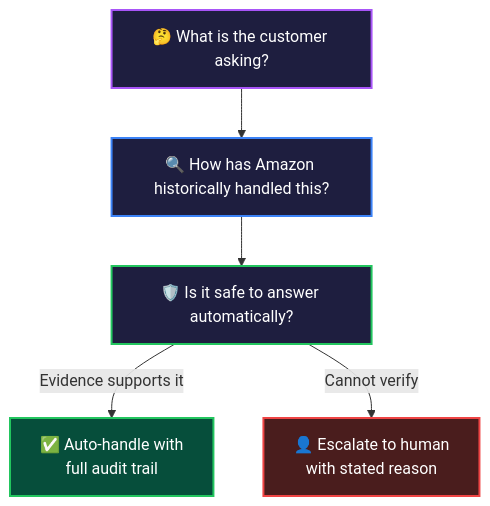
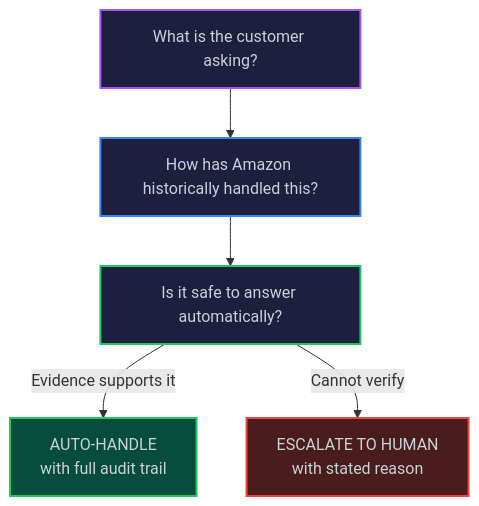
Before and after one commit to dp177/evidence-grounded-support-agent: the third of 5 diagrams in README.md, drawn with Mermaid. The commit also changed other lines of this file and 298 other files, not shown here.

````diff
--- a/README.md
+++ b/README.md
@@ -362,14 +338,14 @@
 ```mermaid
 graph TD
-    A["🤔 What is the customer asking?"] --> B["🔍 How has Amazon historically handled this?"]
-    B --> C["🛡️ Is it safe to answer automatically?"]
+    A["What is the customer asking?"] --> B["How has Amazon historically handled this?"]
+    B --> C["Is it safe to answer automatically?"]
     
-    C -->|"Evidence supports it"| D["✅ Auto-handle with\nfull audit trail"]
-    C -->|"Cannot verify"| E["👤 Escalate to human\nwith stated reason"]
+    C -->|"Evidence supports it"| D["AUTO-HANDLE\nwith full audit trail"]
+    C -->|"Cannot verify"| E["ESCALATE TO HUMAN\nwith stated reason"]
     
-    style A fill:#1e1e3f,stroke:#a855f7,color:#fff,stroke-width:2px
-    style B fill:#1e1e3f,stroke:#3b82f6,color:#fff,stroke-width:2px
-    style C fill:#1e1e3f,stroke:#22c55e,color:#fff,stroke-width:2px
-    style D fill:#064e3b,stroke:#22c55e,color:#fff,stroke-width:2px
-    style E fill:#4a1d1d,stroke:#ef4444,color:#fff,stroke-width:2px
+    style A fill:#1e1e3f,stroke:#a855f7,color:#c9d1d9,stroke-width:2px
+    style B fill:#1e1e3f,stroke:#3b82f6,color:#c9d1d9,stroke-width:2px
+    style C fill:#1e1e3f,stroke:#22c55e,color:#c9d1d9,stroke-width:2px
+    style D fill:#064e3b,stroke:#22c55e,color:#c9d1d9,stroke-width:2px
+    style E fill:#4a1d1d,stroke:#ef4444,color:#c9d1d9,stroke-width:2px
 ```
````
